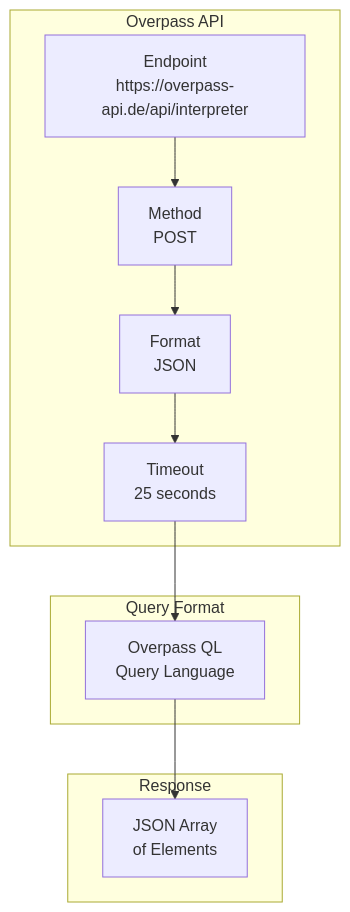
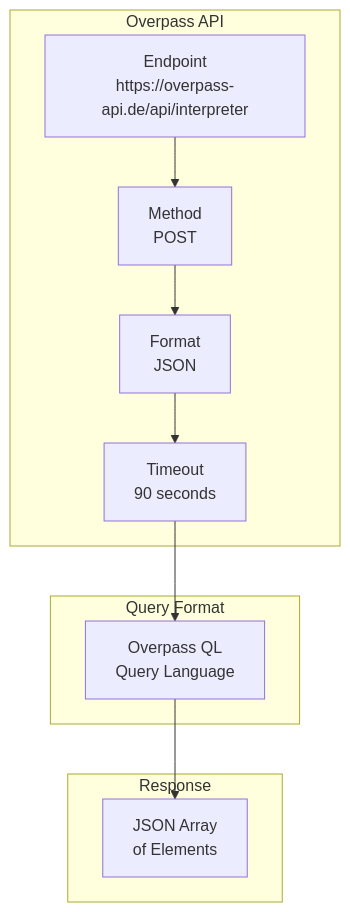
Before and after one commit to DaxServer/geocode-commons-categories: the second of 16 diagrams in docs/import/api-interactions.md, drawn with Mermaid. The commit also changed other lines of this file and 5 other files, not shown here.

````diff
--- a/docs/import/api-interactions.md
+++ b/docs/import/api-interactions.md
@@ -33,24 +33,24 @@
 ```mermaid
 graph TB
     subgraph "Overpass API"
         ENDPOINT[Endpoint<br/>https://overpass-api.de/api/interpreter]
         METHOD[Method<br/>POST]
         FORMAT[Format<br/>JSON]
-        TIMEOUT[Timeout<br/>25 seconds]
+        TIMEOUT[Timeout<br/>90 seconds]
     end
 
     subgraph "Query Format"
         QL[Overpass QL<br/>Query Language]
     end
 
     subgraph "Response"
         JSON[JSON Array<br/>of Elements]
     end
 
     ENDPOINT --> METHOD
     METHOD --> FORMAT
     FORMAT --> TIMEOUT
     TIMEOUT --> QL
     QL --> JSON
 
 ```
````
